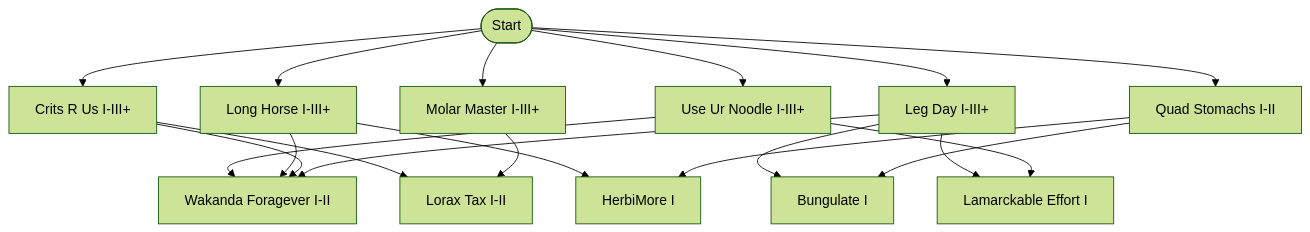
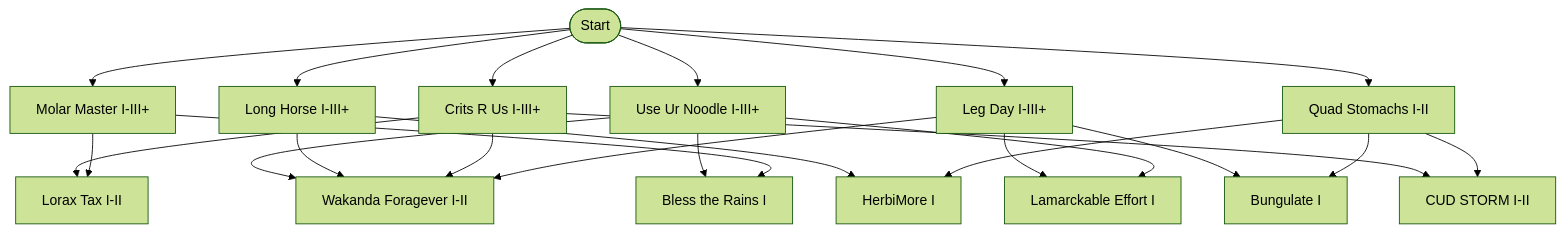
The diagram in upgrade_tree_flowchart.md (alexhspitzer-alt/Giraffe-Simulator-92), drawn with Mermaid (forest theme) before and after one commit. The commit also changed other lines of this file, not shown here.

Commit message:
Update upgrade flowchart with CUD STORM and Bless the Rains

````diff
--- a/upgrade_tree_flowchart.md
+++ b/upgrade_tree_flowchart.md
@@ -3,41 +3,49 @@
 ```mermaid
 flowchart TD
   START([Start])
 
   LH[Long Horse I-III+]
   MM[Molar Master I-III+]
   LD[Leg Day I-III+]
   CR[Crits R Us I-III+]
   UN[Use Ur Noodle I-III+]
   QS[Quad Stomachs I-II]
 
   WF[Wakanda Foragever I-II]
   LT[Lorax Tax I-II]
+  CS[CUD STORM I-II]
+  BR[Bless the Rains I]
   BG[Bungulate I]
   LE[Lamarckable Effort I]
   HM[HerbiMore I]
 
   START --> LH
   START --> MM
   START --> LD
   START --> CR
   START --> UN
   START --> QS
 
   LD --> WF
   CR --> WF
   LH --> WF
   UN --> WF
 
   MM --> LT
   CR --> LT
 
+  QS --> CS
+  CR --> CS
+
+  MM --> BR
+  UN --> BR
+
   QS --> BG
   LD --> BG
 
   UN --> LE
   LD --> LE
 
   QS --> HM
   LH --> HM
 ```
````
